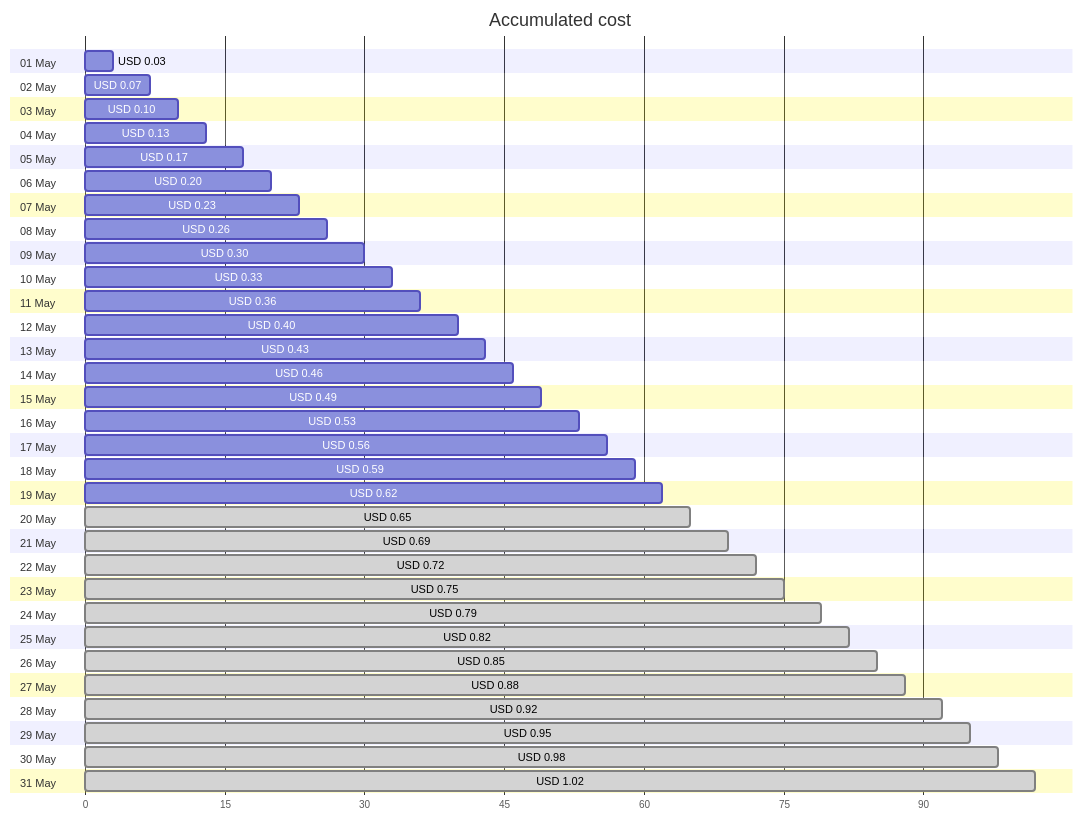
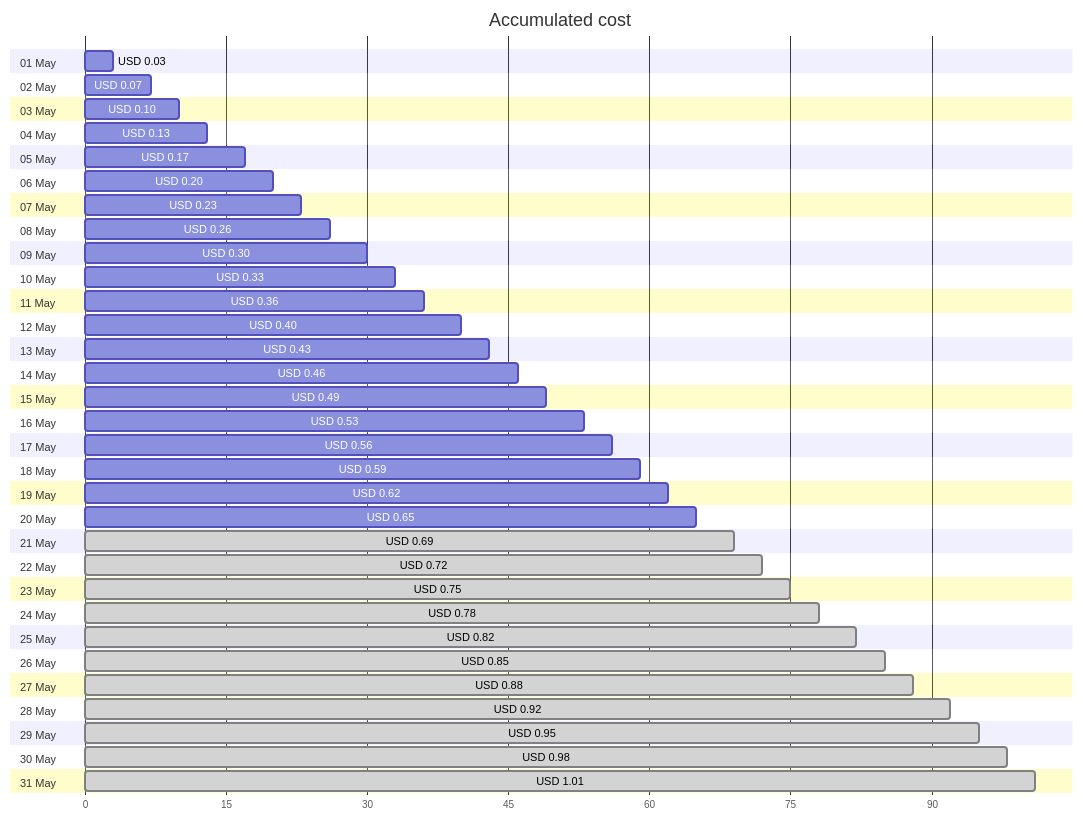
One commit to jpfulton/azure-personal-reports changed the first of 4 diagrams in cost-reports/personal-dns/README.md. Above: the diagram before and after it, drawn with Mermaid. The commit also changed other lines of this file and 2 other files, not shown here.

````diff
--- a/cost-reports/personal-dns/README.md
+++ b/cost-reports/personal-dns/README.md
@@ -20,68 +20,68 @@
 ```mermaid
 gantt
    title Accumulated cost
    dateFormat  X
    axisFormat %s
    section 01 May
    USD 0.03 :0, 3
    section 02 May
    USD 0.07 :0, 7
    section 03 May
    USD 0.10 :0, 10
    section 04 May
    USD 0.13 :0, 13
    section 05 May
    USD 0.17 :0, 17
    section 06 May
    USD 0.20 :0, 20
    section 07 May
    USD 0.23 :0, 23
    section 08 May
    USD 0.26 :0, 26
    section 09 May
    USD 0.30 :0, 30
    section 10 May
    USD 0.33 :0, 33
    section 11 May
    USD 0.36 :0, 36
    section 12 May
    USD 0.40 :0, 40
    section 13 May
    USD 0.43 :0, 43
    section 14 May
    USD 0.46 :0, 46
    section 15 May
    USD 0.49 :0, 49
    section 16 May
    USD 0.53 :0, 53
    section 17 May
    USD 0.56 :0, 56
    section 18 May
    USD 0.59 :0, 59
    section 19 May
    USD 0.62 :0, 62
    section 20 May
-   USD 0.65 : done, 0, 65
+   USD 0.65 :0, 65
    section 21 May
    USD 0.69 : done, 0, 69
    section 22 May
    USD 0.72 : done, 0, 72
    section 23 May
    USD 0.75 : done, 0, 75
    section 24 May
-   USD 0.79 : done, 0, 79
+   USD 0.78 : done, 0, 78
    section 25 May
    USD 0.82 : done, 0, 82
    section 26 May
    USD 0.85 : done, 0, 85
    section 27 May
    USD 0.88 : done, 0, 88
    section 28 May
    USD 0.92 : done, 0, 92
    section 29 May
    USD 0.95 : done, 0, 95
    section 30 May
    USD 0.98 : done, 0, 98
    section 31 May
-   USD 1.02 : done, 0, 102
+   USD 1.01 : done, 0, 101
 ```
````
